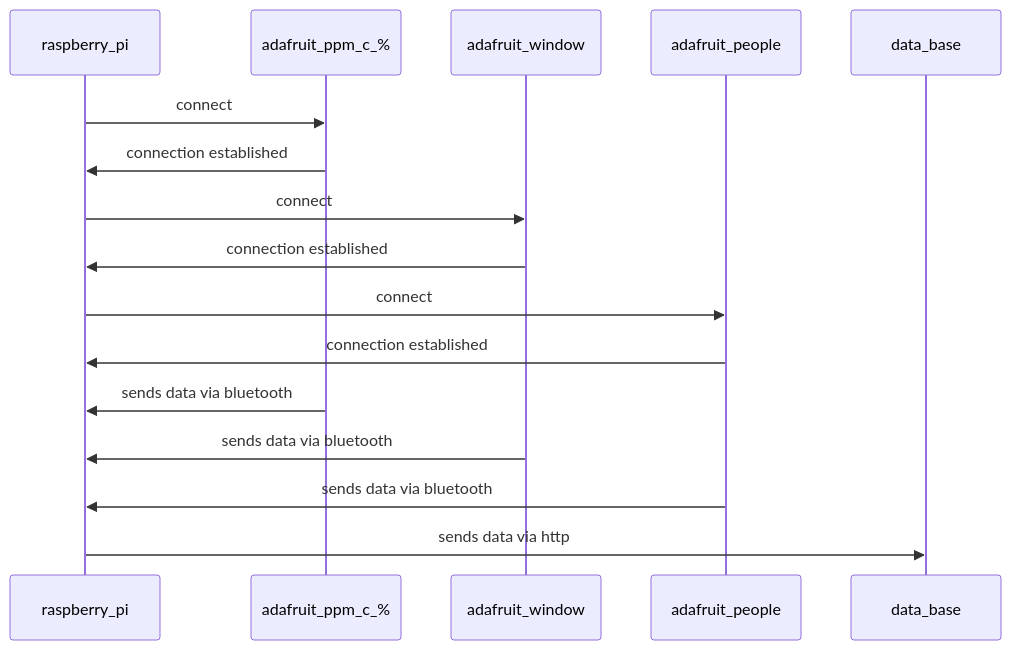
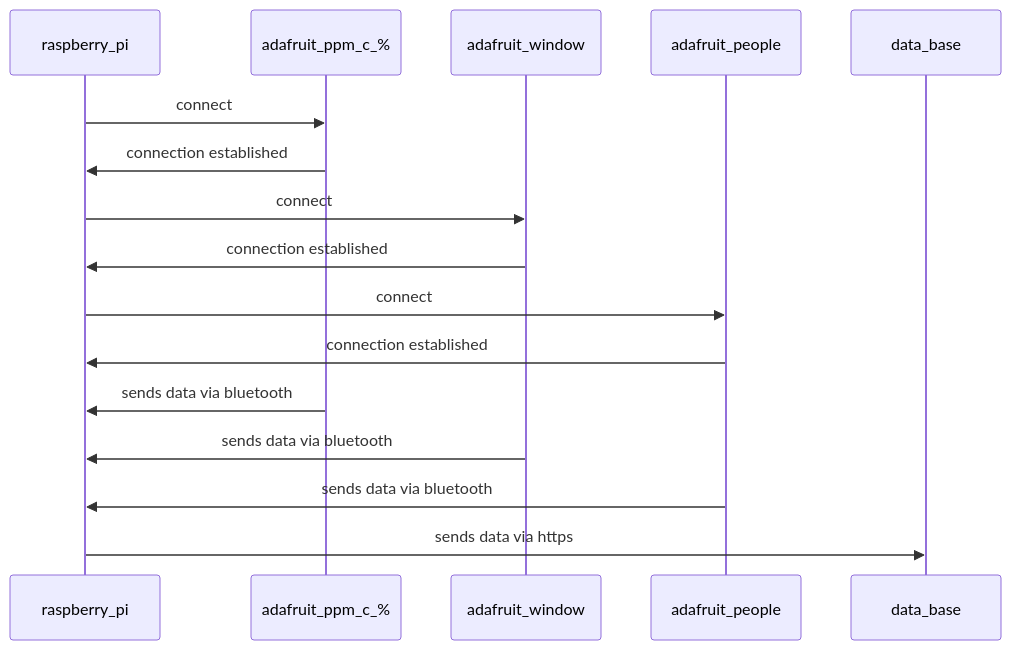
Before and after one commit to nicolarohner1337/smartclassroom: the diagram in abgabe_bericht/software_module_sequenzdiagramme/mainUnit.md, drawn with Mermaid.

````diff
--- a/abgabe_bericht/software_module_sequenzdiagramme/mainUnit.md
+++ b/abgabe_bericht/software_module_sequenzdiagramme/mainUnit.md
@@ -2,18 +2,18 @@
 ```mermaid
 sequenceDiagram
     participant raspberry_pi
     participant adafruit_ppm_c_%
     participant adafruit_window
     participant adafruit_people
     participant data_base
     raspberry_pi->>adafruit_ppm_c_%: connect
     adafruit_ppm_c_%->>raspberry_pi: connection established
     raspberry_pi->>adafruit_window: connect
     adafruit_window->>raspberry_pi: connection established
     raspberry_pi->>adafruit_people: connect
     adafruit_people->>raspberry_pi: connection established
     adafruit_ppm_c_%->>raspberry_pi: sends data via bluetooth
     adafruit_window->>raspberry_pi: sends data via bluetooth
     adafruit_people->>raspberry_pi: sends data via bluetooth
-    raspberry_pi->>data_base: sends data via http
+    raspberry_pi->>data_base: sends data via https
 ```
````
